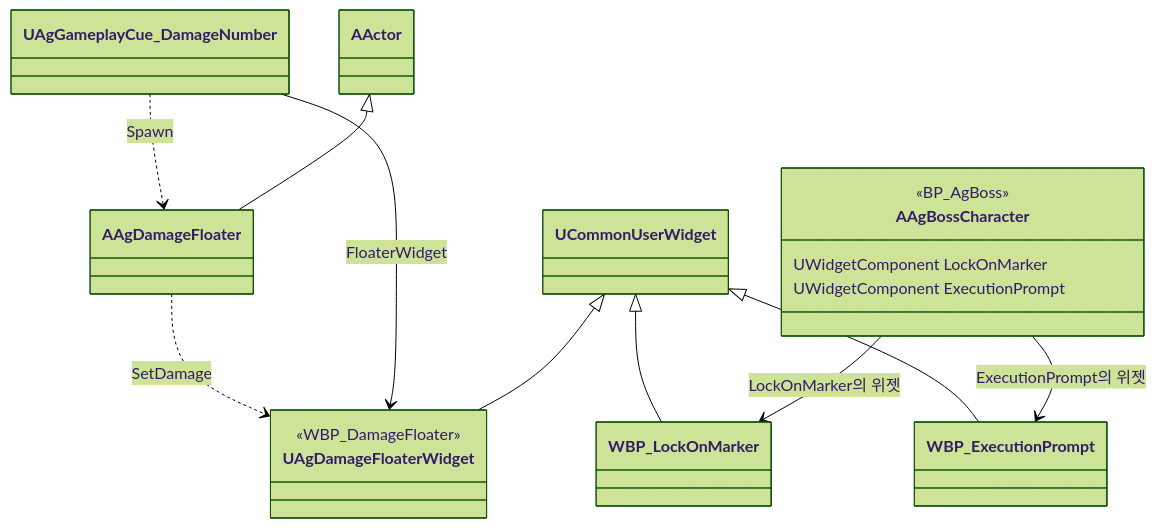
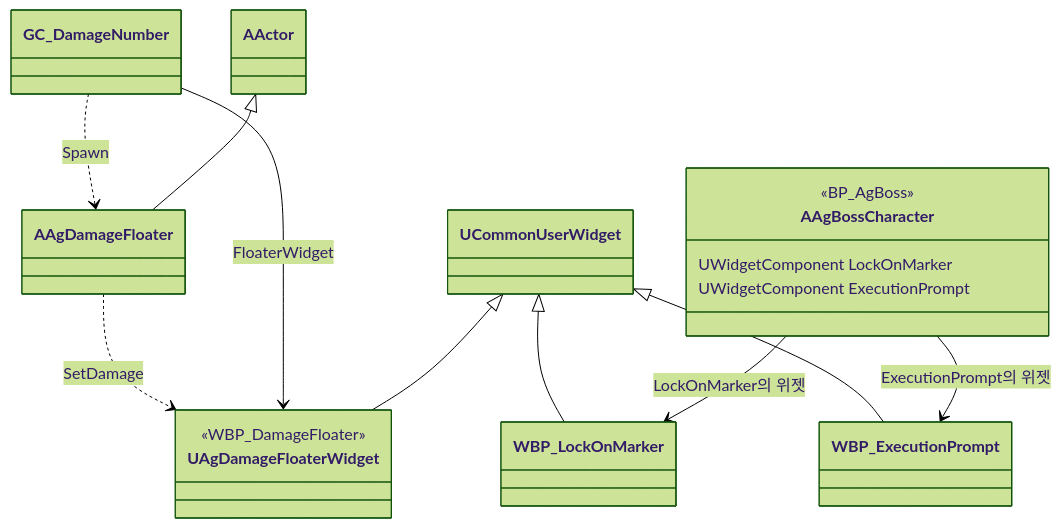
The fourth of 4 diagrams in Docs/Program/카메라, HUD, 화면 UI, 게임 플로우.md (Woogl/Ag), drawn with Mermaid (forest theme) before and after one commit. The commit also changed other lines of this file and 26 other files, not shown here.

Commit message:
GameplayCue 코드 없애고 BP 에셋화

````diff
--- a/Docs/Program/카메라, HUD, 화면 UI, 게임 플로우.md
+++ b/Docs/Program/카메라, HUD, 화면 UI, 게임 플로우.md
@@ -144,21 +144,21 @@
 ```mermaid
 classDiagram
     direction TB
     class AAgBossCharacter {
         <<BP_AgBoss>>
         UWidgetComponent LockOnMarker
         UWidgetComponent ExecutionPrompt
     }
     class UAgDamageFloaterWidget {
         <<WBP_DamageFloater>>
     }
-    UAgGameplayCue_DamageNumber ..> AAgDamageFloater : Spawn
+    GC_DamageNumber ..> AAgDamageFloater : Spawn
     AActor <|-- AAgDamageFloater
     AAgDamageFloater ..> UAgDamageFloaterWidget : SetDamage
-    UAgGameplayCue_DamageNumber --> UAgDamageFloaterWidget : FloaterWidget
+    GC_DamageNumber --> UAgDamageFloaterWidget : FloaterWidget
     UCommonUserWidget <|-- UAgDamageFloaterWidget
     UCommonUserWidget <|-- WBP_LockOnMarker
     UCommonUserWidget <|-- WBP_ExecutionPrompt
     AAgBossCharacter --> WBP_LockOnMarker : LockOnMarker의 위젯
     AAgBossCharacter --> WBP_ExecutionPrompt : ExecutionPrompt의 위젯
 ```
````
